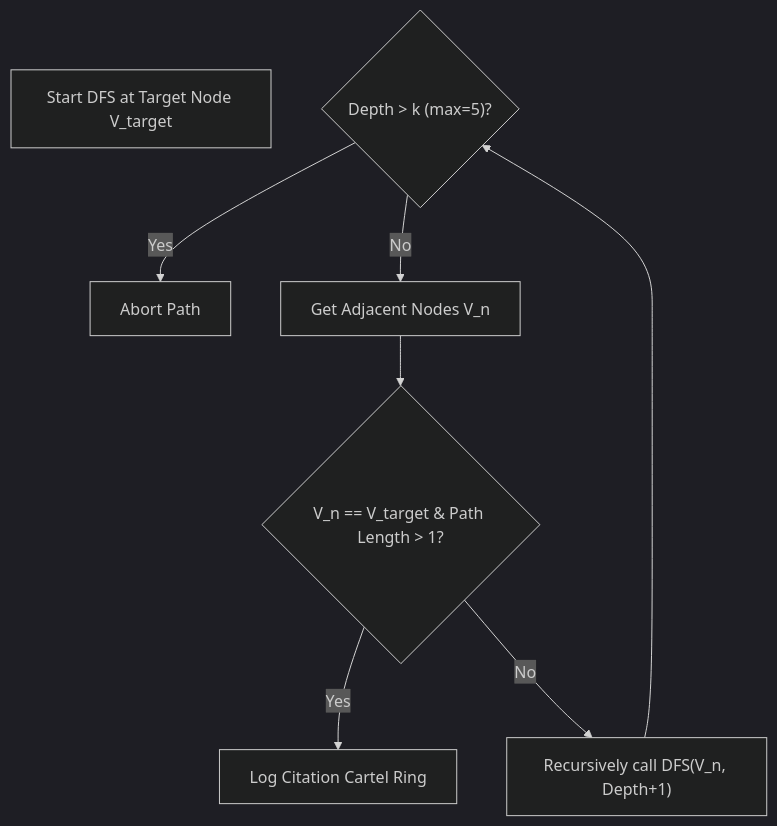
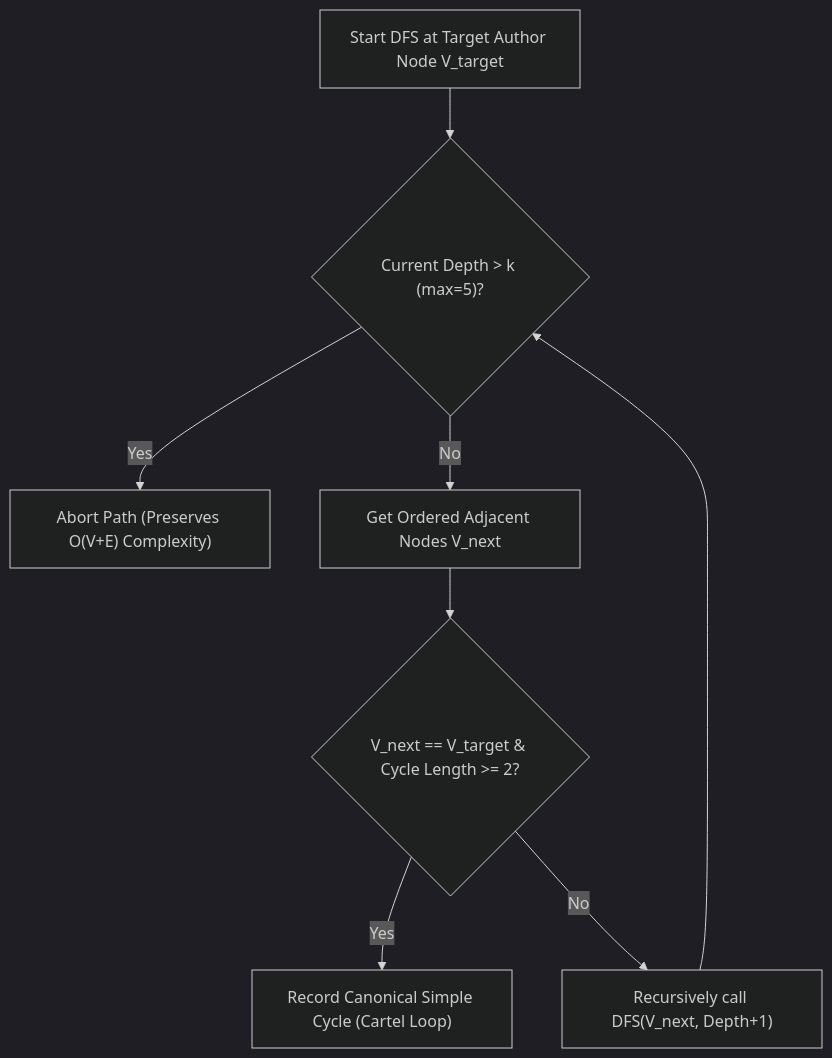
One commit to Panchadip-128/Copyrights-Patents changed the second of 3 diagrams in aricca_x/README.md. Above: the diagram before and after it, drawn with Mermaid (dark theme). The commit also changed other lines of this file and 77 other files, not shown here.

````diff
--- a/aricca_x/README.md
+++ b/aricca_x/README.md
@@ -75,11 +151,10 @@
 ```mermaid
 flowchart TD
-    Start["Start DFS at Target Node V_target"]
-    CheckDepth{"Depth > k (max=5)?"}
-    CheckDepth -- Yes --> Abort["Abort Path"]
-    CheckDepth -- No --> GetNeighbors["Get Adjacent Nodes V_n"]
-    GetNeighbors --> CheckTarget{"V_n == V_target & Path Length > 1?"}
-    CheckTarget -- Yes --> RingFound["Log Citation Cartel Ring"]
-    CheckTarget -- No --> Recurse["Recursively call DFS(V_n, Depth+1)"]
+    Start["Start DFS at Target Author Node V_target"] --> CheckDepth{"Current Depth > k (max=5)?"}
+    CheckDepth -- Yes --> Abort["Abort Path (Preserves O(V+E) Complexity)"]
+    CheckDepth -- No --> GetSuccessors["Get Ordered Adjacent Nodes V_next"]
+    GetSuccessors --> CheckTarget{"V_next == V_target & Cycle Length >= 2?"}
+    CheckTarget -- Yes --> RecordRing["Record Canonical Simple Cycle (Cartel Loop)"]
+    CheckTarget -- No --> Recurse["Recursively call DFS(V_next, Depth+1)"]
     Recurse --> CheckDepth
 ```
````
